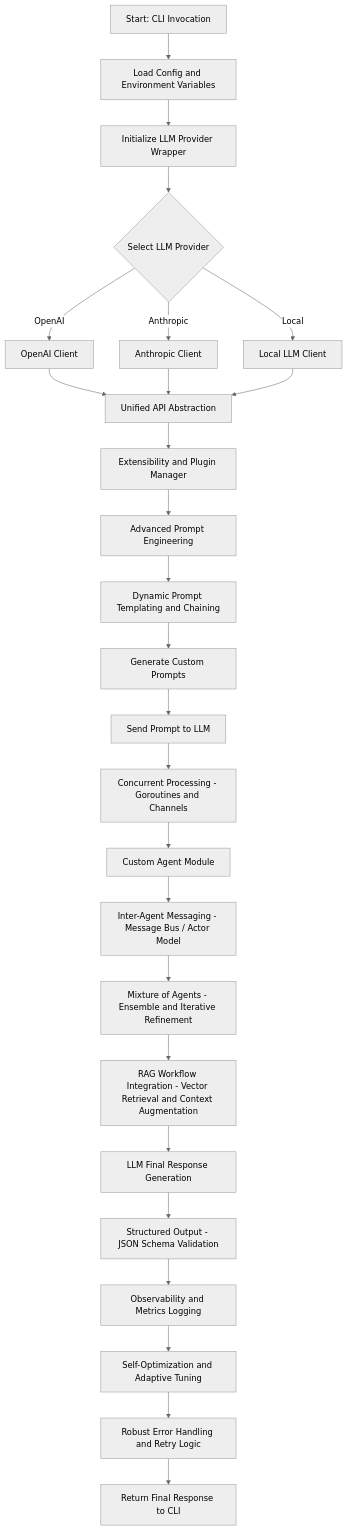
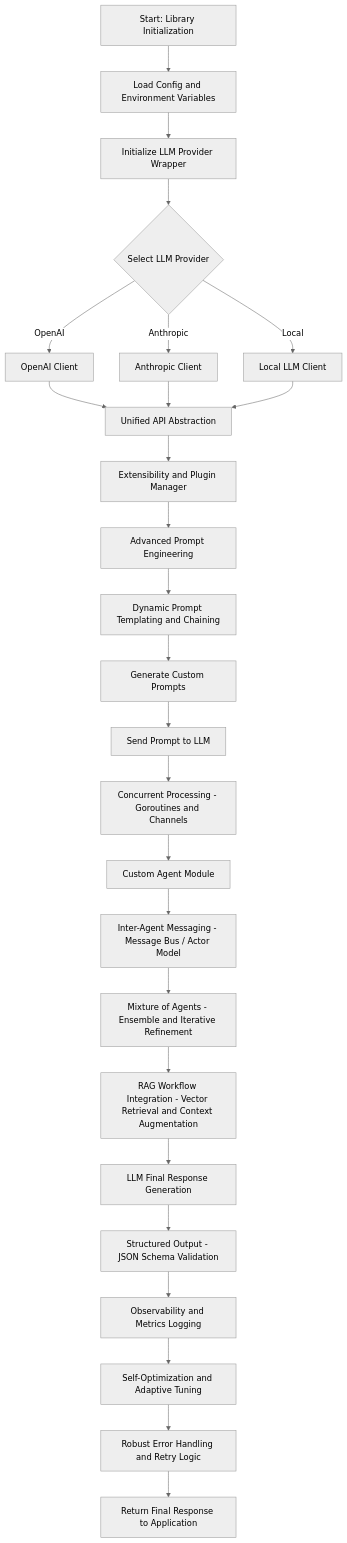
Before and after one commit to ZanzyTHEbar/genkit-agentic-rag: the diagram in agentic-rag-flow.md, drawn with Mermaid (neutral theme). The commit also changed 22 other files, not shown here.

````diff
--- a/agentic-rag-flow.md
+++ b/agentic-rag-flow.md
@@ -15,53 +15,53 @@
 ```mermaid
 flowchart TD
-    A[Start: CLI Invocation]
+    A[Start: Library Initialization]
     B[Load Config and Environment Variables]
     C[Initialize LLM Provider Wrapper]
     D{Select LLM Provider}
     E[OpenAI Client]
     F[Anthropic Client]
     G[Local LLM Client]
     H[Unified API Abstraction]
     I[Extensibility and Plugin Manager]
     J[Advanced Prompt Engineering]
     K[Dynamic Prompt Templating and Chaining]
     L[Generate Custom Prompts]
     M[Send Prompt to LLM]
     N[Concurrent Processing - Goroutines and Channels]
     O[Custom Agent Module]
     P[Inter-Agent Messaging - Message Bus / Actor Model]
     Q[Mixture of Agents - Ensemble and Iterative Refinement]
     R[RAG Workflow Integration - Vector Retrieval and Context Augmentation]
     S[LLM Final Response Generation]
     T[Structured Output - JSON Schema Validation]
     U[Observability and Metrics Logging]
     V[Self-Optimization and Adaptive Tuning]
     W[Robust Error Handling and Retry Logic]
-    X[Return Final Response to CLI]
+    X[Return Final Response to Application]
 
     A --> B
     B --> C
     C --> D
     D -->|OpenAI| E
     D -->|Anthropic| F
     D -->|Local| G
     E --> H
     F --> H
     G --> H
     H --> I
     I --> J
     J --> K
     K --> L
     L --> M
     M --> N
     N --> O
     O --> P
     P --> Q
     Q --> R
     R --> S
     S --> T
     T --> U
     U --> V
     V --> W
     W --> X
 ```
````
